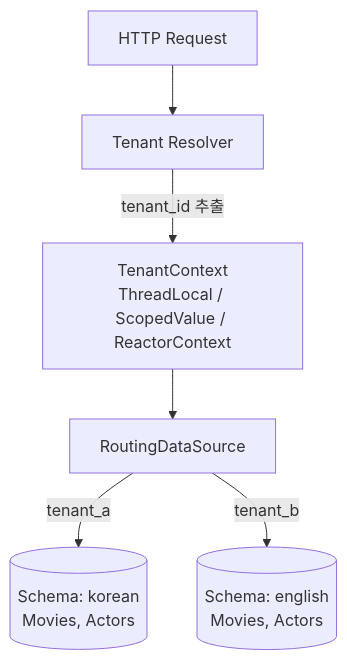
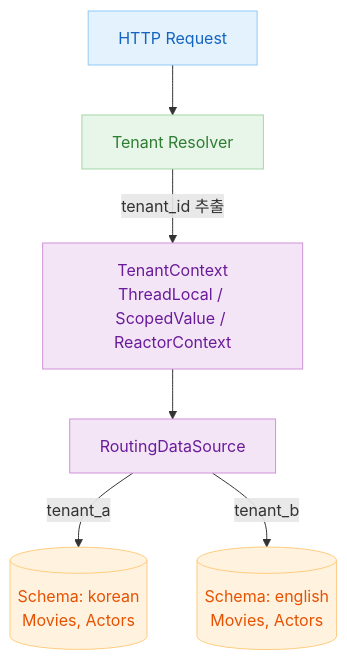
One commit to bluetape4k/exposed-workshop changed the first of 3 diagrams in 10-multi-tenant/README.md. Above: the diagram before and after it, drawn with Mermaid. The commit also changed other lines of this file and 56 other files, not shown here.

First line of the commit message:
docs: 전체 README mermaid 다이어그램에 파스텔 톤 색상 적용

````diff
--- a/10-multi-tenant/README.md
+++ b/10-multi-tenant/README.md
@@ -38,8 +38,19 @@
 ```mermaid
 flowchart TD
     Request[HTTP Request] --> TenantResolver[Tenant Resolver]
     TenantResolver --> |tenant_id 추출| TenantContext[TenantContext\nThreadLocal / ScopedValue / ReactorContext]
     TenantContext --> RoutingDS[RoutingDataSource]
     RoutingDS --> |tenant_a| SchemaA[(Schema: korean\nMovies, Actors)]
     RoutingDS --> |tenant_b| SchemaB[(Schema: english\nMovies, Actors)]
+
+    classDef blue fill:#E3F2FD,stroke:#90CAF9,color:#1565C0
+    classDef green fill:#E8F5E9,stroke:#A5D6A7,color:#2E7D32
+    classDef purple fill:#F3E5F5,stroke:#CE93D8,color:#6A1B9A
+    classDef orange fill:#FFF3E0,stroke:#FFCC80,color:#E65100
+
+    class Request blue
+    class TenantResolver green
+    class TenantContext purple
+    class RoutingDS purple
+    class SchemaA,SchemaB orange
 ```
````
